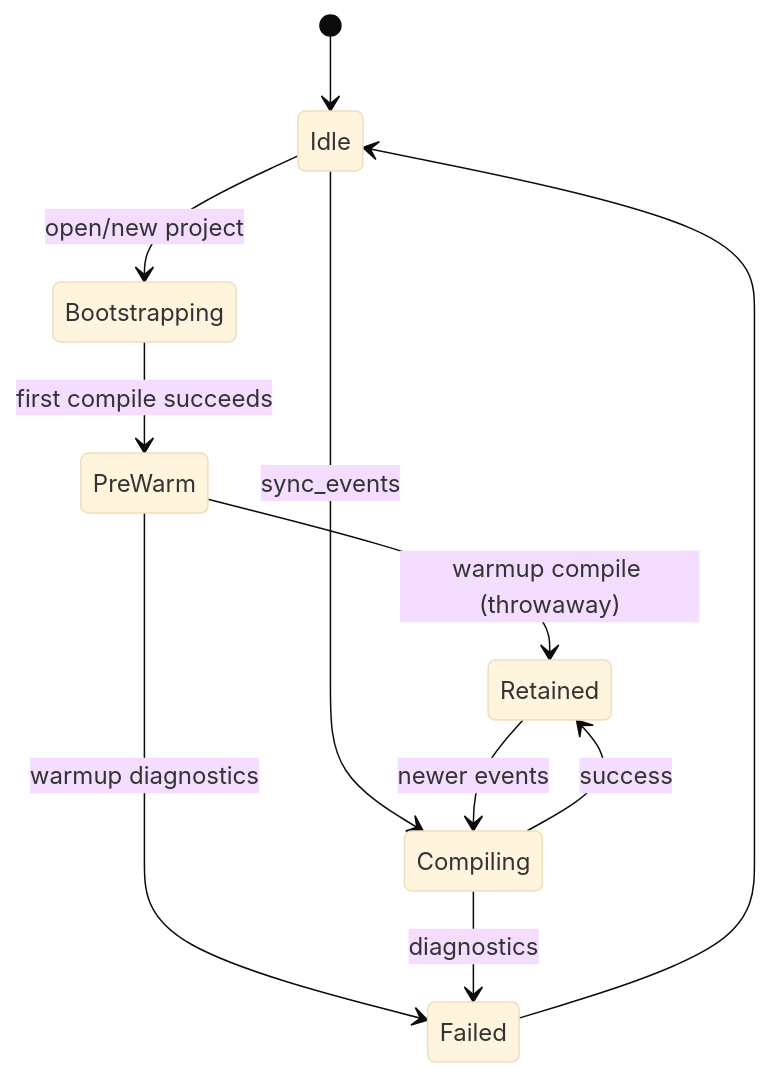
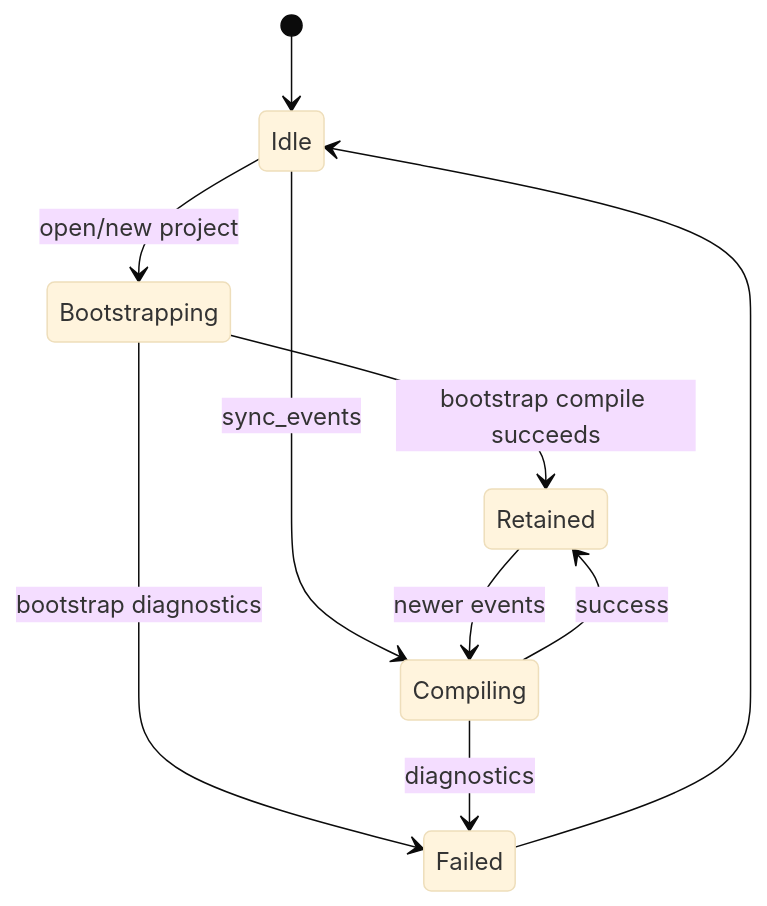
One commit to andmoreduro/ergo changed the third of 5 diagrams in context/state-diagrams.md. Above: the diagram before and after it, drawn with Mermaid (base theme). The commit also changed other lines of this file and 1 other file, not shown here.

Commit message:
docs(context): drop pre-warm state from sequence/state diagrams
Reflects the revert of the bootstrap pre-warm compile. Bootstrap now
compiles once; the WASM compile lifecycle no longer has a PreWarm
state.

````diff
--- a/context/state-diagrams.md
+++ b/context/state-diagrams.md
@@ -37,14 +37,13 @@
 ```mermaid
 stateDiagram-v2
     direction TB
     [*] --> Idle
     Idle --> Bootstrapping : open/new project
-    Bootstrapping --> PreWarm : first compile succeeds
-    PreWarm --> Retained : warmup compile (throwaway)
-    PreWarm --> Failed : warmup diagnostics
+    Bootstrapping --> Retained : bootstrap compile succeeds
+    Bootstrapping --> Failed : bootstrap diagnostics
     Idle --> Compiling : sync_events
     Compiling --> Retained : success
     Compiling --> Failed : diagnostics
     Failed --> Idle
     Retained --> Compiling : newer events
 ```
````
